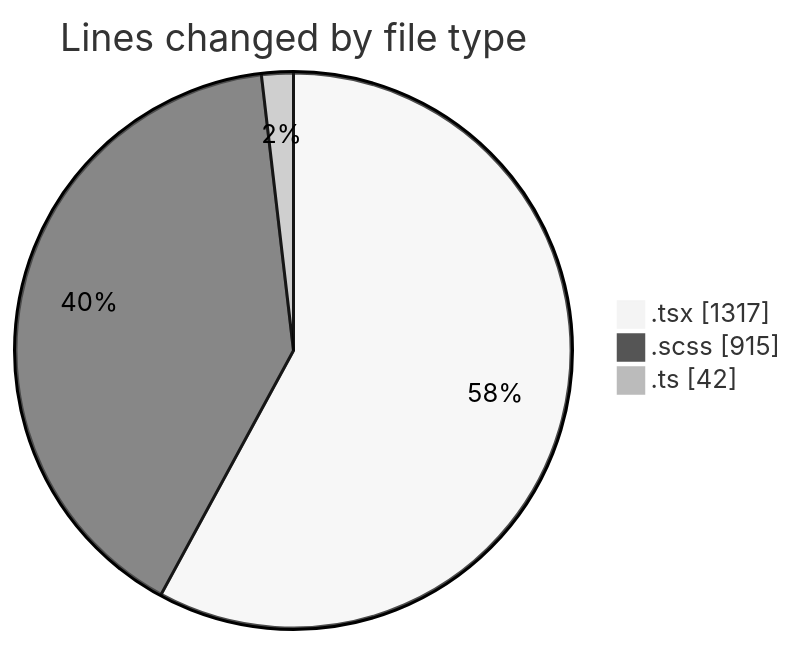
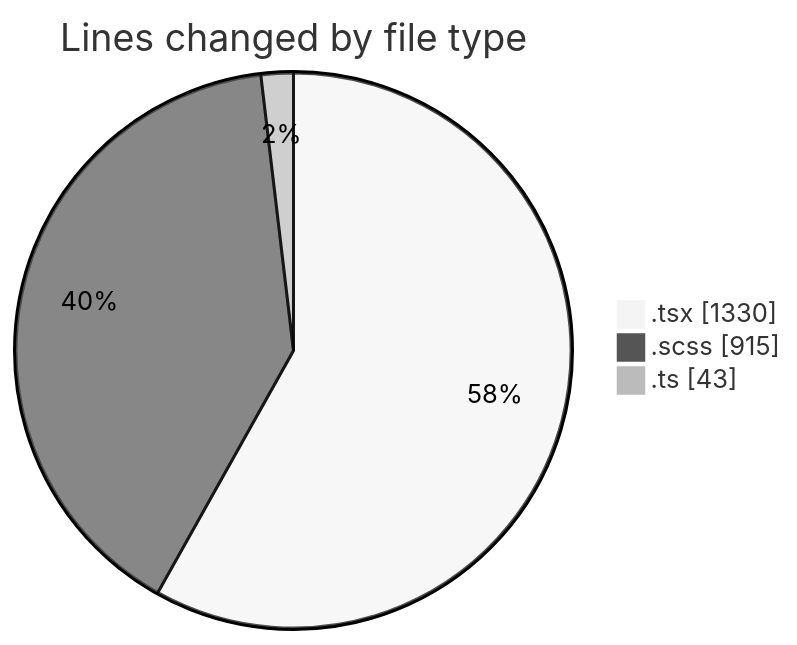
One commit to momahboobian/code-tracking changed the first of 2 diagrams in 2025-03-27/cda/README.md. Above: the diagram before and after it, drawn with Mermaid (neutral theme). The commit also changed other lines of this file and 1 other file, not shown here.

````diff
--- a/2025-03-27/cda/README.md
+++ b/2025-03-27/cda/README.md
@@ -29,7 +29,7 @@
 ```mermaid
 pie showData
 title Lines changed by file type
-".tsx" : 1317
+".tsx" : 1330
 ".scss" : 915
-".ts" : 42
+".ts" : 43
 ```
````
